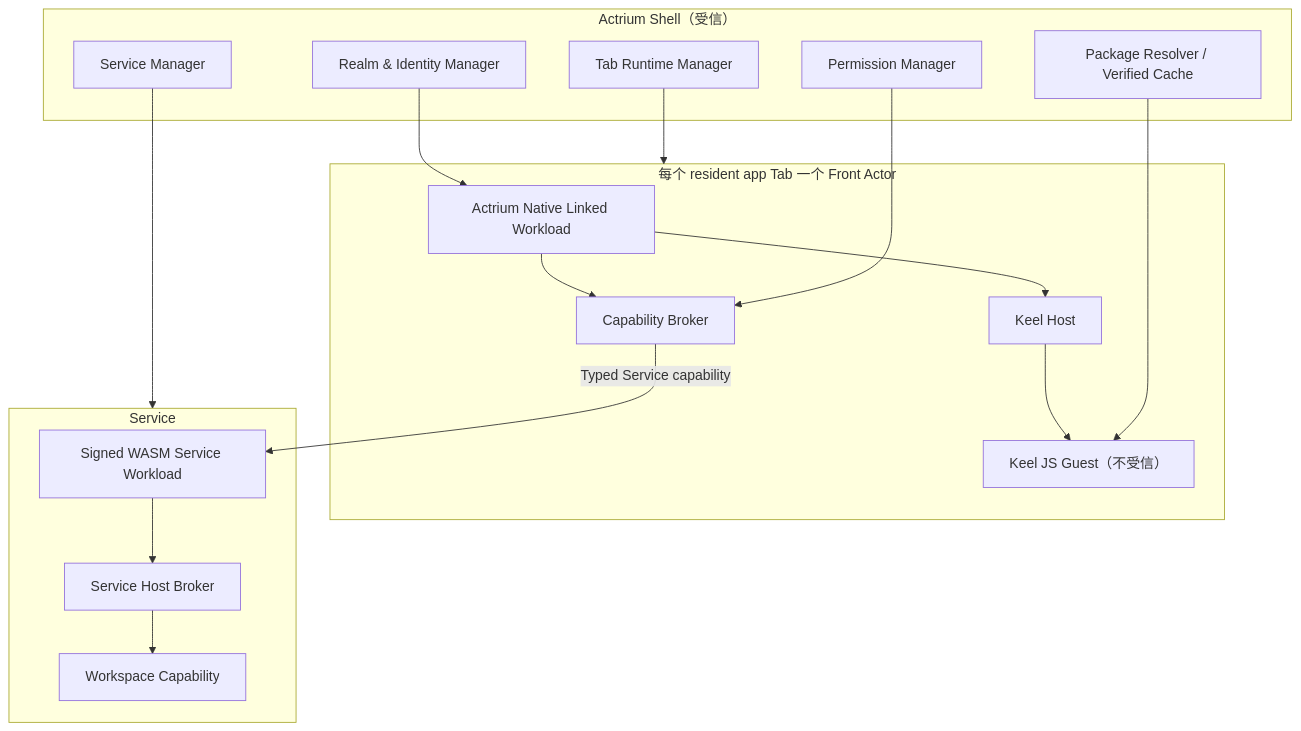
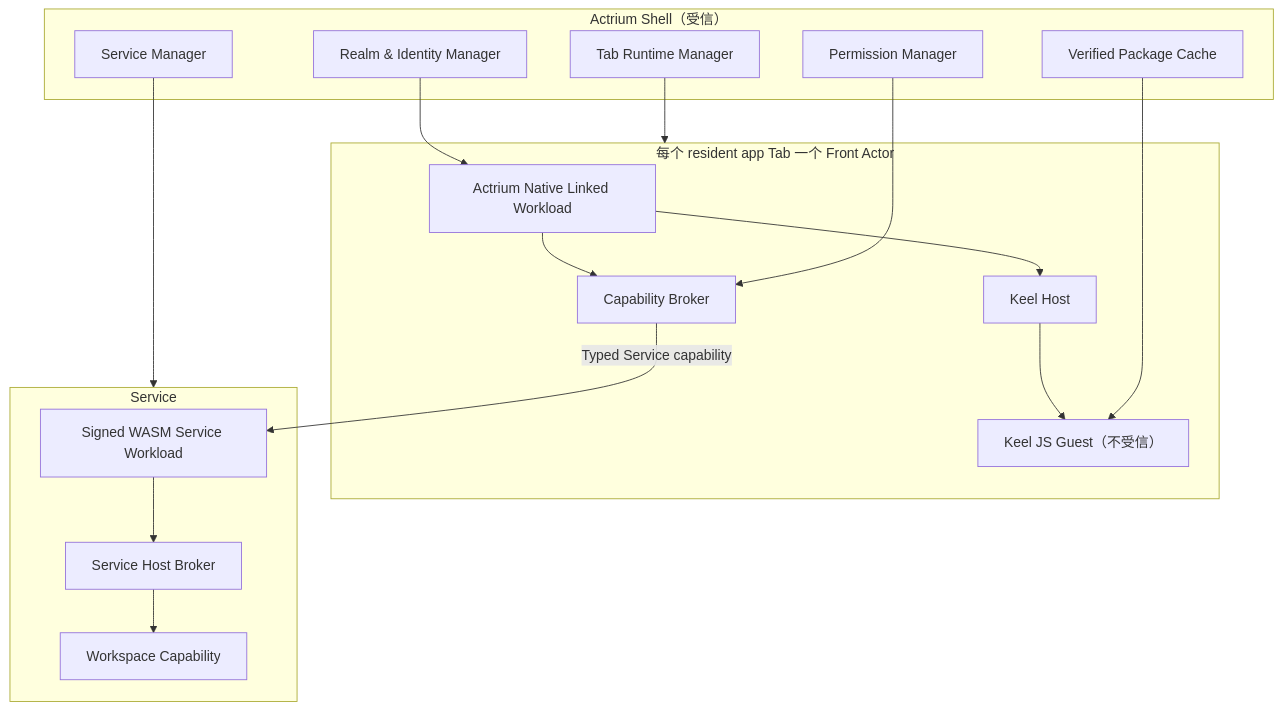
One commit to Actrium/actrium changed the diagram in docs/product/actrium-v1/06-runtime-and-protocol.zh.md. Above: the diagram before and after it, drawn with Mermaid. The commit also changed other lines of this file and 14 other files, not shown here.

````diff
--- a/docs/product/actrium-v1/06-runtime-and-protocol.zh.md
+++ b/docs/product/actrium-v1/06-runtime-and-protocol.zh.md
@@ -5,35 +5,35 @@
 ```mermaid
 flowchart TB
     subgraph Shell["Actrium Shell（受信）"]
         TRM["Tab Runtime Manager"]
-        PR["Package Resolver / Verified Cache"]
+        PR["Verified Package Cache"]
         PM["Permission Manager"]
         RM["Realm & Identity Manager"]
         SM["Service Manager"]
     end
 
     subgraph Front["每个 resident app Tab 一个 Front Actor"]
         NW["Actrium Native Linked Workload"]
         RH["Keel Host"]
         CB["Capability Broker"]
         RG["Keel JS Guest（不受信）"]
         NW --> RH
         RH --> RG
         NW --> CB
     end
 
     subgraph Service["Service"]
         SW["Signed WASM Service Workload"]
         SB["Service Host Broker"]
         WS["Workspace Capability"]
         SW --> SB
         SB --> WS
     end
 
     TRM --> Front
     PR --> RG
     PM --> CB
     RM --> NW
     SM --> Service
     CB -->|"Typed Service capability"| SW
 ```
````
